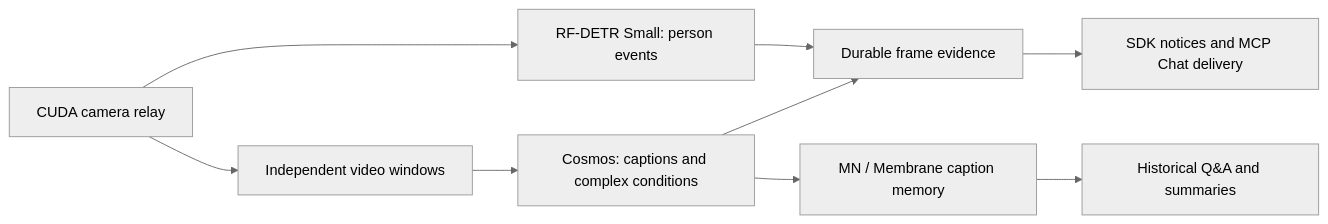
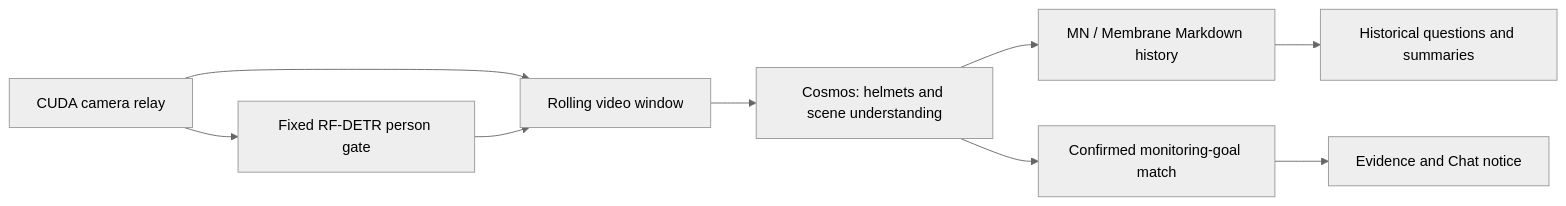
Before and after one commit to MirrorNeuronLab/otterdesk-blueprints: the diagram in cctv_operator/README.md, drawn with Mermaid (neutral theme). The commit also changed other lines of this file and 27 other files, not shown here.

Commit message:
Gate Cosmos analysis on RF-DETR people and query camera history

````diff
--- a/cctv_operator/README.md
+++ b/cctv_operator/README.md
@@ -53,11 +57,11 @@
 ```mermaid
 flowchart LR
-  Camera[CUDA camera relay] --> Person[RF-DETR Small: person events]
-  Person --> Evidence[Durable frame evidence]
-  Evidence --> Notice[SDK notices and MCP Chat delivery]
-  Camera --> Windows[Independent video windows]
-  Windows --> Cosmos[Cosmos: captions and complex conditions]
-  Cosmos --> Memory[MN / Membrane caption memory]
-  Memory --> QA[Historical Q&A and summaries]
-  Cosmos --> Evidence
+  Camera[CUDA camera relay] --> Gate[Fixed RF-DETR person gate]
+  Camera --> Windows[Rolling video window]
+  Gate --> Windows
+  Windows --> Cosmos[Cosmos: helmets and scene understanding]
+  Cosmos --> Memory[MN / Membrane Markdown history]
+  Cosmos --> Match[Confirmed monitoring-goal match]
+  Match --> Notice[Evidence and Chat notice]
+  Memory --> QA[Historical questions and summaries]
 ```
````
